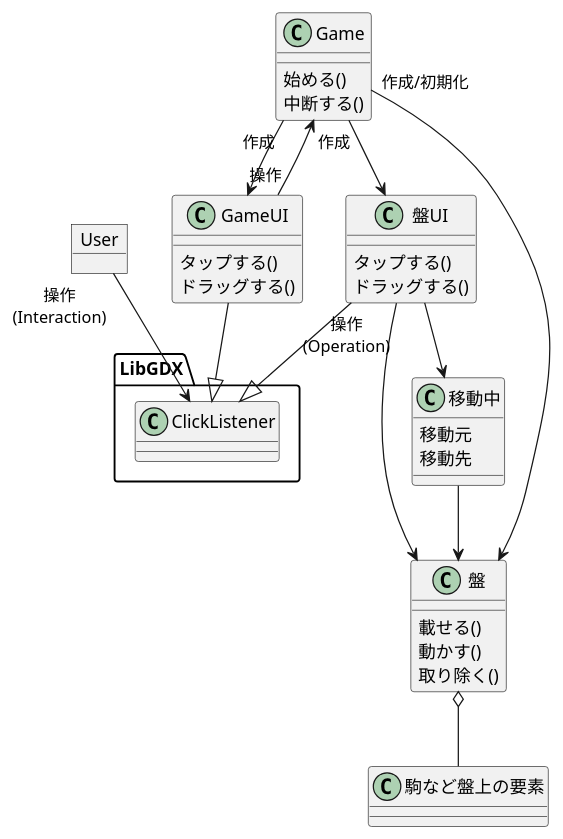
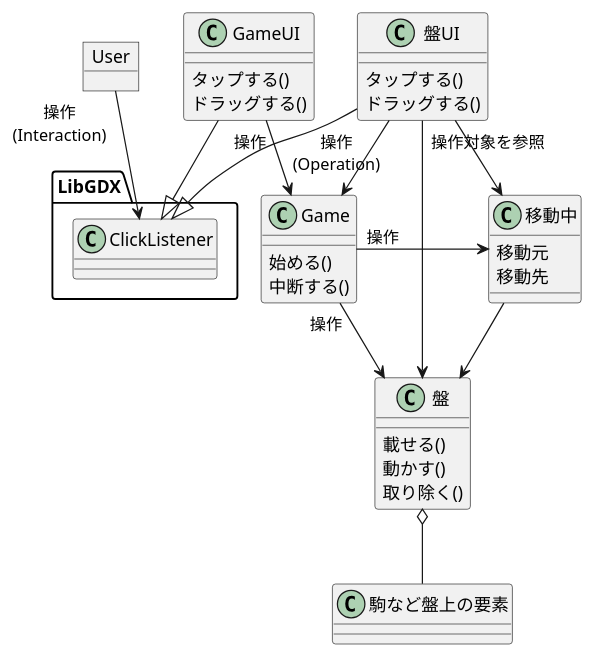
Before and after one commit to turanukimaru/fehs: the diagram in uml/uml3/usecaseD.puml, drawn with PlantUML. The commit also changed 105 other files, not shown here.

```diff
--- a/uml/uml3/usecaseD.puml
+++ b/uml/uml3/usecaseD.puml
@@ -1,39 +1,39 @@
 @startuml
 
 object User
 class Game{
 始める()
 中断する()
 }
 class 盤UI{
 タップする()
 ドラッグする()
 }
 class GameUI{
 タップする()
 ドラッグする()
 }
 package LibGDX{
 class ClickListener
 }
 class 盤{
 載せる()
 動かす()
 取り除く()
 }
 class 移動中{
 移動元
 移動先
 }
 User "操作\n(Interaction)" --> ClickListener
 盤UI --|> ClickListener
 GameUI --|> ClickListener
-Game "作成"--> 盤UI
 GameUI "操作"--> Game
-Game "作成"--> GameUI
-盤UI "操作\n(Operation)"--> 盤
+盤UI "操作\n(Operation)"--> Game
+盤UI "操作対象を参照"--> 盤
 盤UI --> 移動中
 移動中 --> 盤
-Game  "作成/初期化"--> 盤
+Game  "操作"--> 盤
+Game  "操作"-right-> 移動中
 盤 o-- 駒など盤上の要素
 @enduml
```
